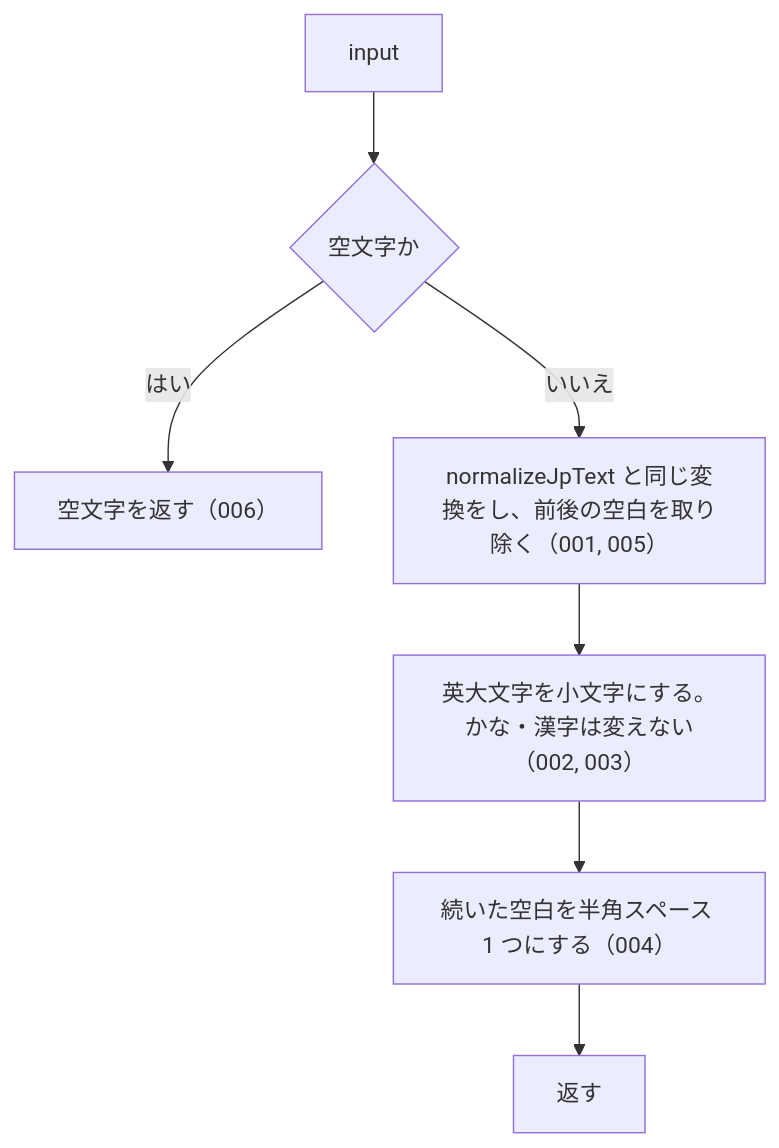
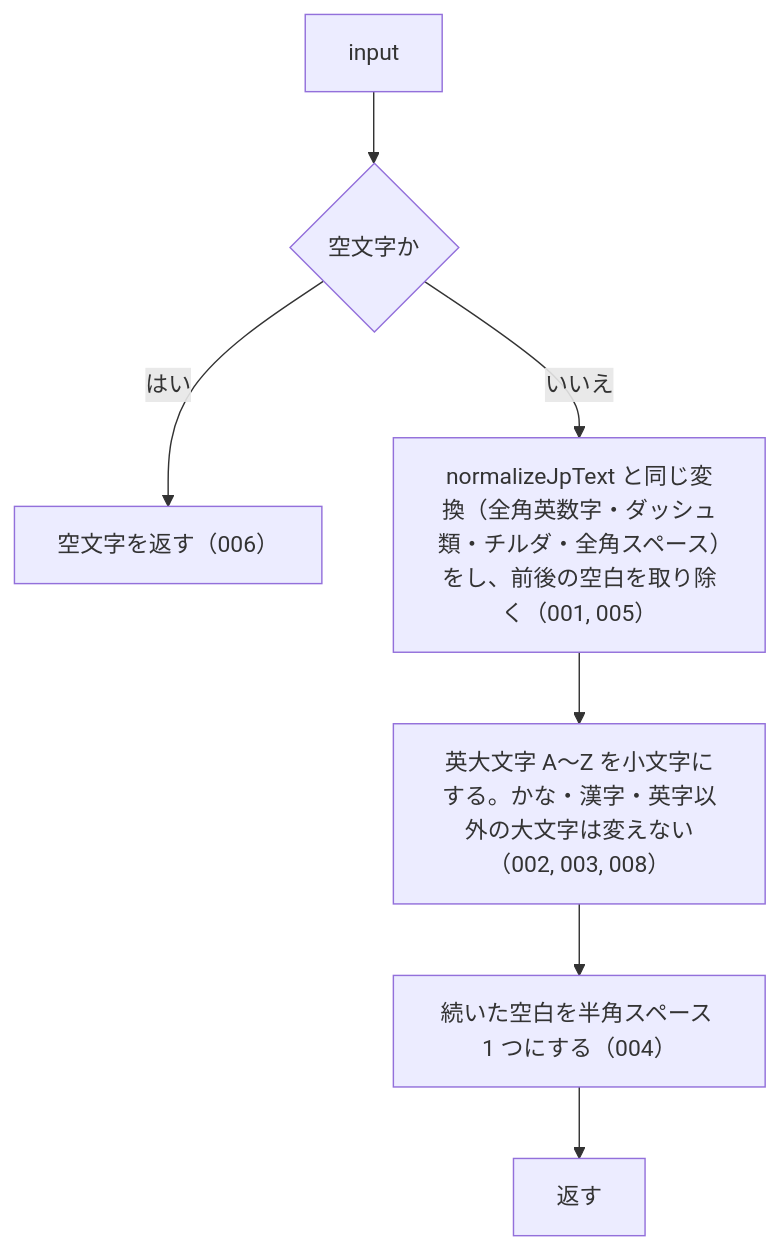
One commit to shuji-bonji/houki-abbreviations changed the diagram in specs/current/normalize_search_query/spec.md. Above: the diagram before and after it, drawn with Mermaid. The commit also changed other lines of this file and 51 other files, not shown here.

````diff
--- a/specs/current/normalize_search_query/spec.md
+++ b/specs/current/normalize_search_query/spec.md
@@ -36,9 +36,9 @@
 ```mermaid
 flowchart TD
   A["input"] --> B{"空文字か"}
   B -- はい --> R0["空文字を返す（006）"]
-  B -- いいえ --> C["normalizeJpText と同じ変換をし、前後の空白を取り除く（001, 005）"]
-  C --> D["英大文字を小文字にする。かな・漢字は変えない（002, 003）"]
+  B -- いいえ --> C["normalizeJpText と同じ変換（全角英数字・ダッシュ類・チルダ・全角スペース）をし、前後の空白を取り除く（001, 005）"]
+  C --> D["英大文字 A〜Z を小文字にする。かな・漢字・英字以外の大文字は変えない（002, 003, 008）"]
   D --> E["続いた空白を半角スペース 1 つにする（004）"]
   E --> R["返す"]
 ```
````
